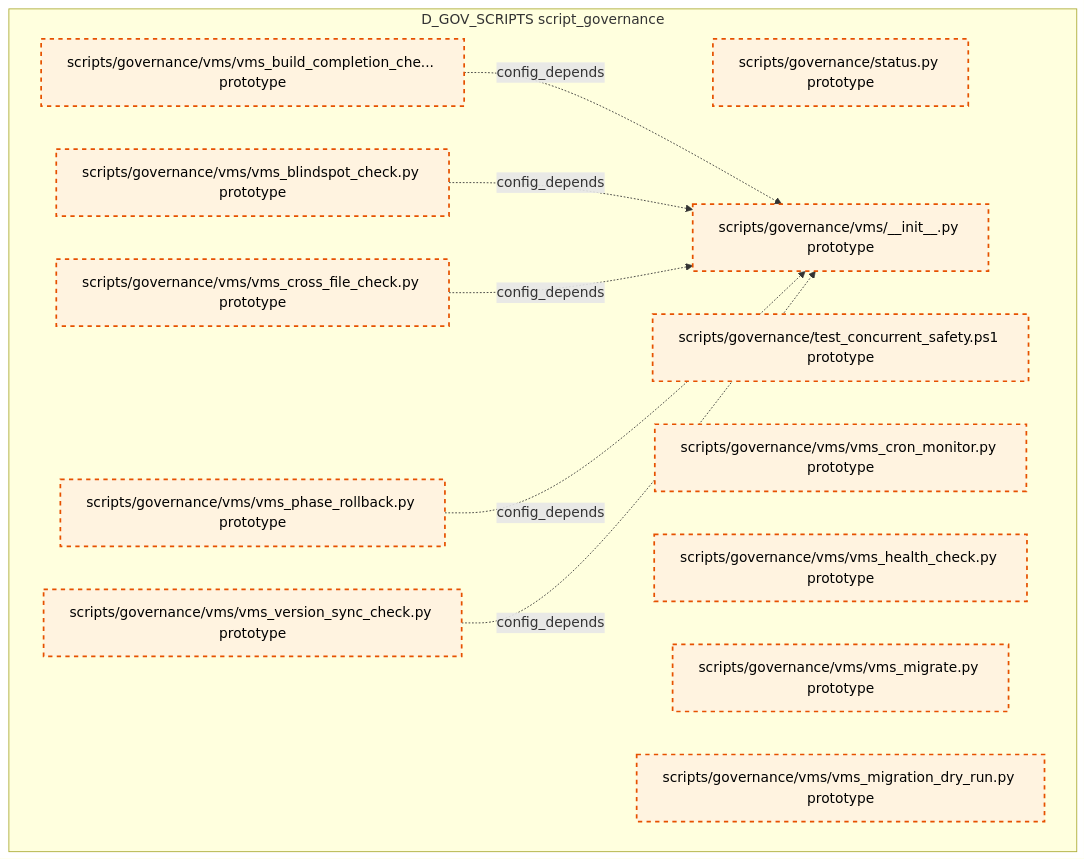
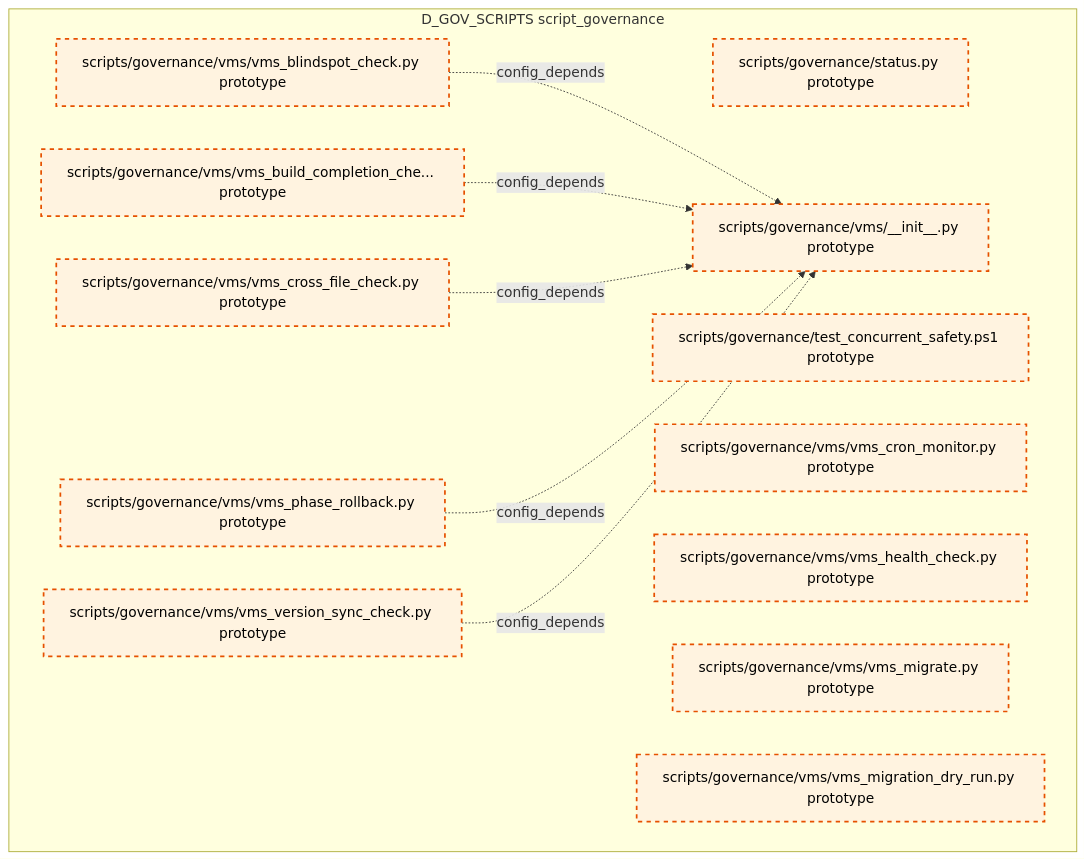
One commit to xuanFelixVan/ZephyrAlpha changed diagram 15 of 15 in docs/02_enterprise_architecture/02_domain_architecture_docs/36_d_gov_scripts.md. Above: the diagram before and after it, drawn with Mermaid. The commit also changed other lines of this file and 99 other files, not shown here.

````diff
--- a/docs/02_enterprise_architecture/02_domain_architecture_docs/36_d_gov_scripts.md
+++ b/docs/02_enterprise_architecture/02_domain_architecture_docs/36_d_gov_scripts.md
@@ -1012,27 +1012,27 @@
 ```mermaid
 graph TD
     subgraph D_GOV_SCRIPTS["D_GOV_SCRIPTS script_governance"]
         scripts_governance_status_py["scripts/governance/status.py prototype"]
         scripts_governance_test_concurrent_safety_ps1["scripts/governance/test_concurrent_safety.ps1 prototype"]
         scripts_governance_vms_init_py["scripts/governance/vms/__init__.py prototype"]
         scripts_governance_vms_vms_blindspot_check_py["scripts/governance/vms/vms_blindspot_check.py prototype"]
         scripts_governance_vms_vms_build_completion_check_py["scripts/governance/vms/vms_build_completion_che... prototype"]
         scripts_governance_vms_vms_cron_monitor_py["scripts/governance/vms/vms_cron_monitor.py prototype"]
         scripts_governance_vms_vms_cross_file_check_py["scripts/governance/vms/vms_cross_file_check.py prototype"]
         scripts_governance_vms_vms_health_check_py["scripts/governance/vms/vms_health_check.py prototype"]
         scripts_governance_vms_vms_migrate_py["scripts/governance/vms/vms_migrate.py prototype"]
         scripts_governance_vms_vms_migration_dry_run_py["scripts/governance/vms/vms_migration_dry_run.py prototype"]
         scripts_governance_vms_vms_phase_rollback_py["scripts/governance/vms/vms_phase_rollback.py prototype"]
         scripts_governance_vms_vms_version_sync_check_py["scripts/governance/vms/vms_version_sync_check.py prototype"]
     end
+    scripts_governance_vms_vms_blindspot_check_py -.->|config_depends| scripts_governance_vms_init_py
     scripts_governance_vms_vms_build_completion_check_py -.->|config_depends| scripts_governance_vms_init_py
-    scripts_governance_vms_vms_blindspot_check_py -.->|config_depends| scripts_governance_vms_init_py
     scripts_governance_vms_vms_cross_file_check_py -.->|config_depends| scripts_governance_vms_init_py
     scripts_governance_vms_vms_phase_rollback_py -.->|config_depends| scripts_governance_vms_init_py
     scripts_governance_vms_vms_version_sync_check_py -.->|config_depends| scripts_governance_vms_init_py
     classDef production fill:#e1f5fe,stroke:#01579b,stroke-width:2px,color:#000
     classDef design fill:#fff3e0,stroke:#e65100,stroke-width:2px,color:#000,stroke-dasharray: 5 5
     classDef external_prod fill:#e8f5e9,stroke:#1b5e20,stroke-width:1px,color:#000
     classDef external_design fill:#fce4ec,stroke:#880e4f,stroke-width:1px,color:#000,stroke-dasharray: 5 5
     class scripts_governance_status_py,scripts_governance_test_concurrent_safety_ps1,scripts_governance_vms_init_py,scripts_governance_vms_vms_blindspot_check_py,scripts_governance_vms_vms_build_completion_check_py,scripts_governance_vms_vms_cron_monitor_py,scripts_governance_vms_vms_cross_file_check_py,scripts_governance_vms_vms_health_check_py,scripts_governance_vms_vms_migrate_py,scripts_governance_vms_vms_migration_dry_run_py,scripts_governance_vms_vms_phase_rollback_py,scripts_governance_vms_vms_version_sync_check_py design
 ```
````
